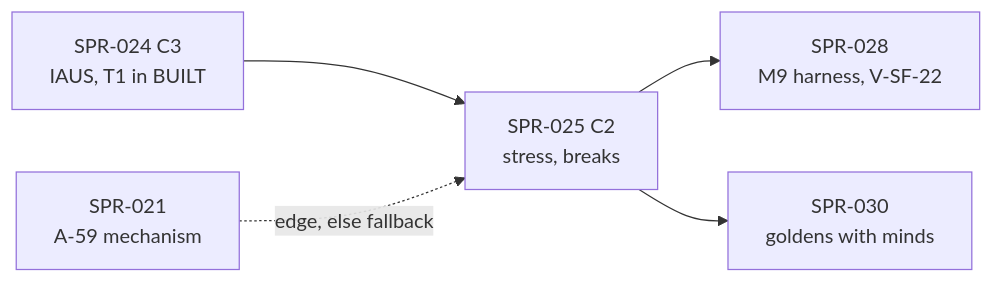
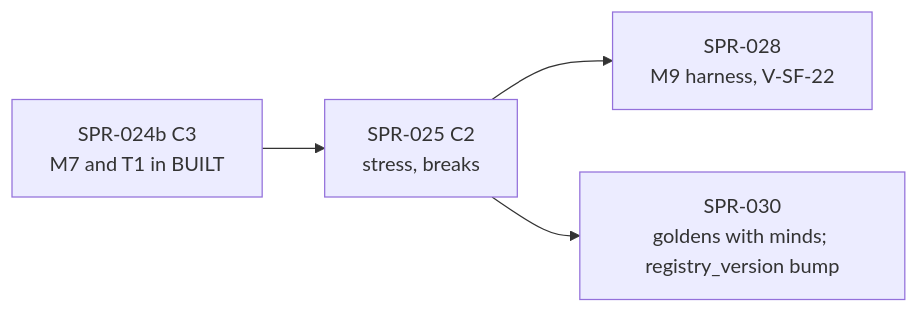
One commit to BigRigVibeCoder/Rehoboam changed the diagram in CODEX/05_PROJECT/SPR-025_MindsStressBreaks.md. Above: the diagram before and after it, drawn with Mermaid. The commit also changed other lines of this file and 4 other files, not shown here.

````diff
--- a/CODEX/05_PROJECT/SPR-025_MindsStressBreaks.md
+++ b/CODEX/05_PROJECT/SPR-025_MindsStressBreaks.md
@@ -166,7 +248,6 @@
 ```mermaid
 flowchart LR
-  S024[SPR-024 C3<br/>IAUS, T1 in BUILT] --> S025[SPR-025 C2<br/>stress, breaks]
-  S021[SPR-021<br/>A-59 mechanism] -.edge, else fallback.-> S025
+  S024b[SPR-024b C3<br/>M7 and T1 in BUILT] --> S025[SPR-025 C2<br/>stress, breaks]
   S025 --> S028[SPR-028<br/>M9 harness, V-SF-22]
-  S025 --> S030[SPR-030<br/>goldens with minds]
+  S025 --> S030[SPR-030<br/>goldens with minds; registry_version bump]
 ```
````
